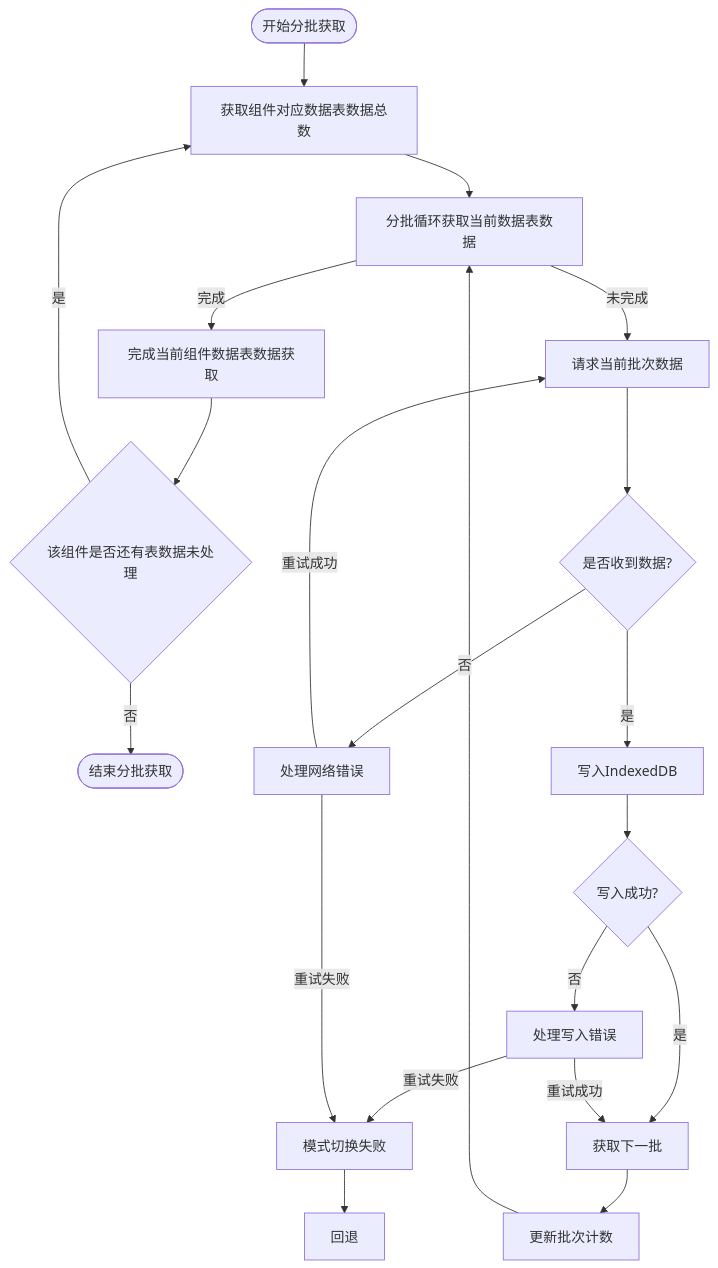
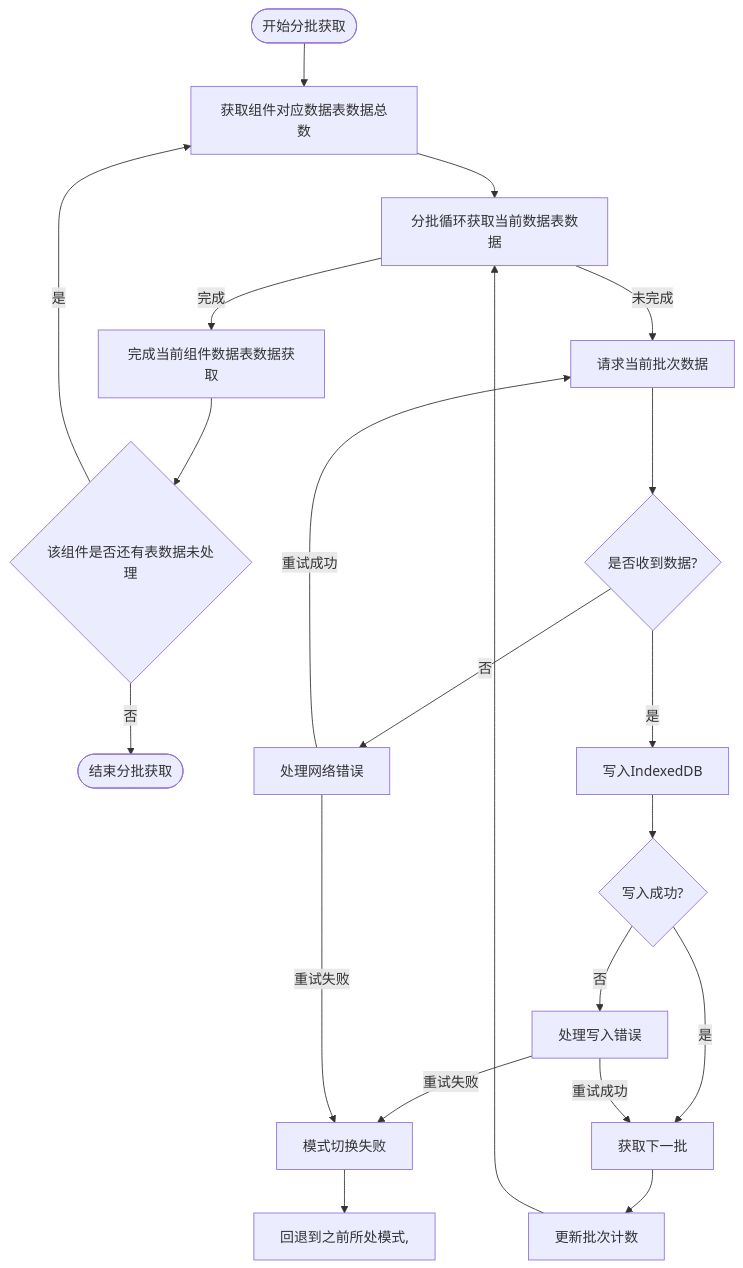
One commit to yingjianzh/iodraw-files changed the diagram in all/未命名-56.md. Above: the diagram before and after it, drawn with Mermaid.

Commit message:
2025-05-12 10:31:43 update

````diff
--- a/all/未命名-56.md
+++ b/all/未命名-56.md
@@ -1,35 +1,35 @@
 ```mermaid
 
 flowchart TD
     StartBatch([开始分批获取]) --> InitializeBatch[获取组件对应数据表数据总数]
     InitializeBatch --> CheckBatchSize[分批循环获取当前数据表数据]
     
     CheckBatchSize -->|完成| BatchComplete[完成当前组件数据表数据获取]
 
     BatchComplete --> HasNext{该组件是否还有表数据未处理}
 
     HasNext --> |是| InitializeBatch
     HasNext --> |否| EndBatch([结束分批获取])
 
     
     CheckBatchSize -->|未完成| RequestBatch[请求当前批次数据]
     RequestBatch --> ReceiveBatch{是否收到数据?}
     
     ReceiveBatch -->|是| WriteToDB[写入IndexedDB]
     
     WriteToDB --> BatchSuccess{写入成功?}
     BatchSuccess -->|是| NextBatch[获取下一批]
     BatchSuccess -->|否| HandleError[处理写入错误]
     HandleError -->|重试成功| NextBatch
     HandleError -->|重试失败| ModeFailed[模式切换失败]
-    ModeFailed --> Abort[回退]
+    ModeFailed --> Abort[回退到之前所处模式,]
     
     ReceiveBatch -->|否| HandleNetworkError[处理网络错误]
     HandleNetworkError -->|重试成功| RequestBatch
     HandleNetworkError -->|重试失败| ModeFailed
     
     NextBatch --> IncrementBatch[更新批次计数]
     IncrementBatch --> CheckBatchSize
     
 
 ```
````
